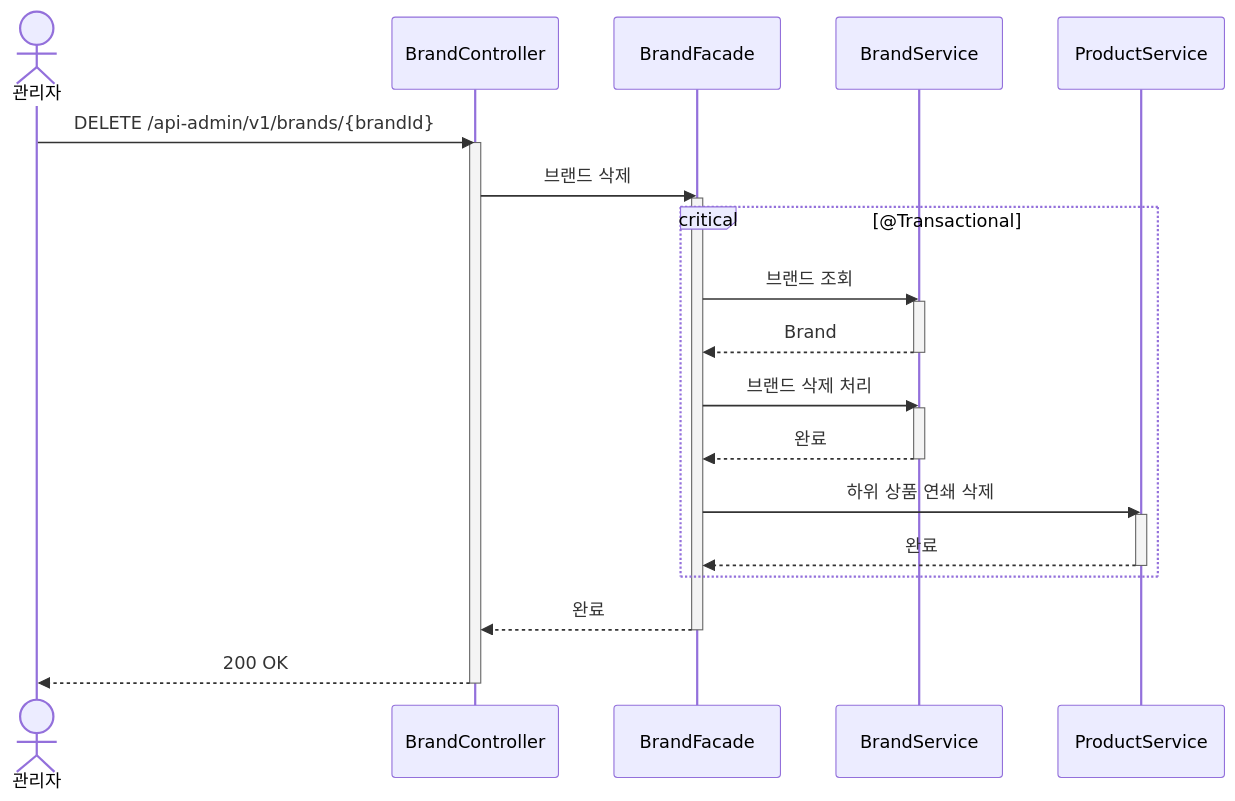
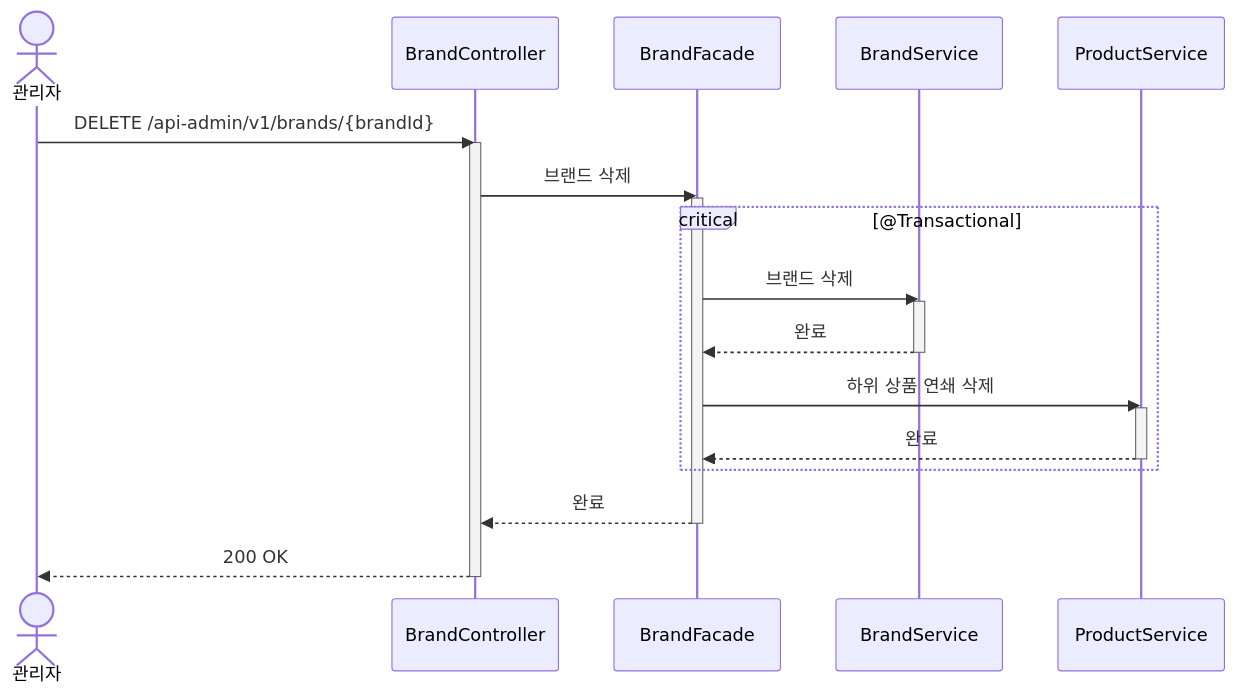
Before and after one commit to Loopers-dev-lab/loop-pack-be-l2-vol3-java: the diagram in docs/design/brand/sequences/001-brand-delete.md, drawn with Mermaid. The commit also changed other lines of this file and 3 other files, not shown here.

Commit message:
docs: 시퀀스다이어그램 레이어 책임 정합성 보정 (Service 캡슐화, Facade 분기 제거)

````diff
--- a/docs/design/brand/sequences/001-brand-delete.md
+++ b/docs/design/brand/sequences/001-brand-delete.md
@@ -8,35 +8,30 @@
 ```mermaid
 sequenceDiagram
     actor 관리자
     participant BC as BrandController
     participant BF as BrandFacade
     participant BS as BrandService
     participant PS as ProductService
 
     관리자->>BC: DELETE /api-admin/v1/brands/{brandId}
     activate BC
     BC->>BF: 브랜드 삭제
     activate BF
 
     critical @Transactional
-        BF->>BS: 브랜드 조회
-        activate BS
-        BS-->>BF: Brand
-        deactivate BS
-
-        BF->>BS: 브랜드 삭제 처리
+        BF->>BS: 브랜드 삭제
         activate BS
         BS-->>BF: 완료
         deactivate BS
 
         BF->>PS: 하위 상품 연쇄 삭제
         activate PS
         PS-->>BF: 완료
         deactivate PS
     end
 
     BF-->>BC: 완료
     deactivate BF
     BC-->>관리자: 200 OK
     deactivate BC
 ```
````
